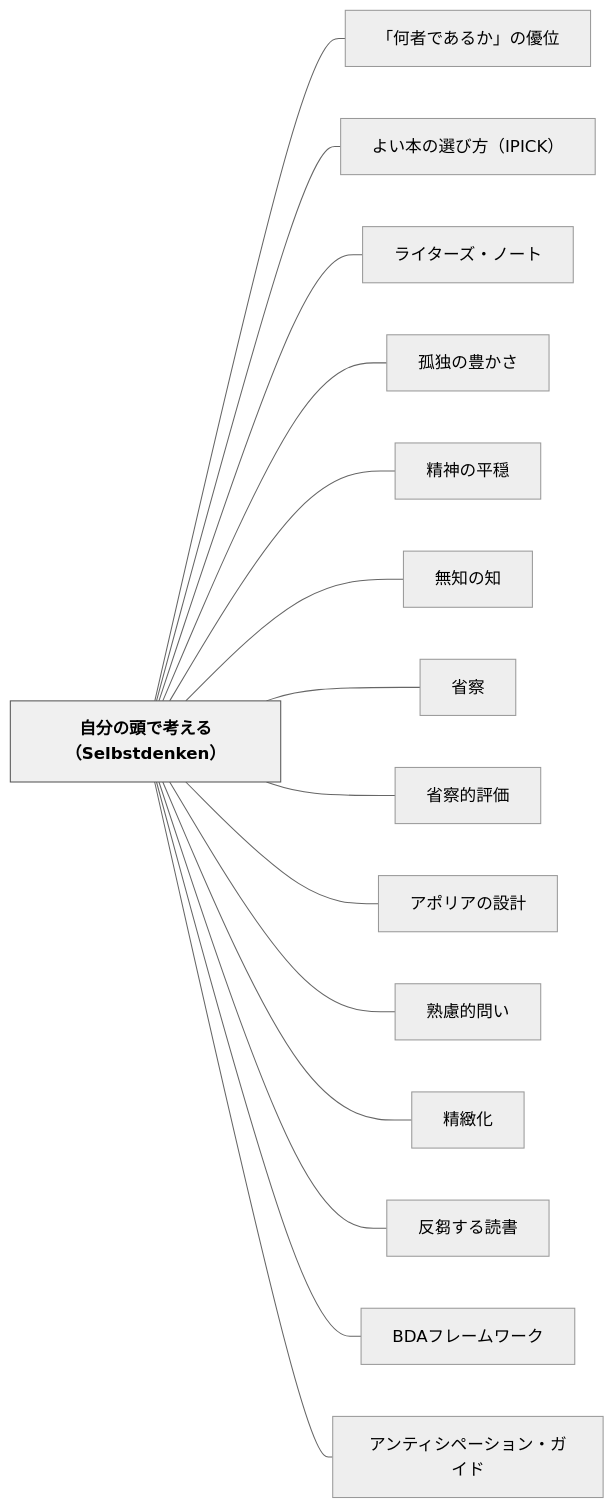
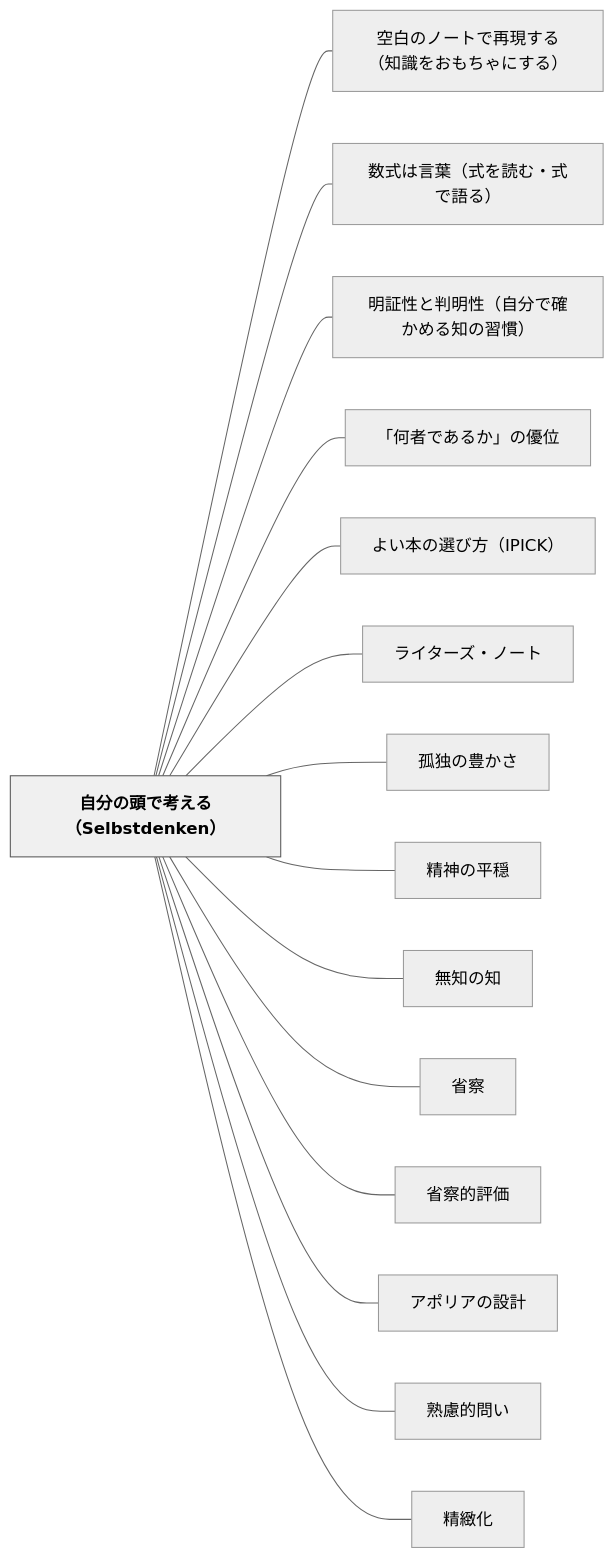
Before and after one commit to unknownthings-ed-patterns/unknownthings-ed-patterns: the diagram in content/パタン/自分の頭で考える（Selbstdenken）.md, drawn with Mermaid (neutral theme). The commit also changed other lines of this file and 185 other files, not shown here.

````diff
--- a/content/パタン/自分の頭で考える（Selbstdenken）.md
+++ b/content/パタン/自分の頭で考える（Selbstdenken）.md
@@ -179,36 +182,36 @@
 ```mermaid
 flowchart LR
     ne887aae58886e381aee9a0ade381a7e88083e38188e3828befbc8853656c62737464656e6b656eefbc89["自分の頭で考える（Selbstdenken）"]
+    ne7a9bae799bde381aee3838ee383bce38388e381a7e5868de78fbee38199e3828befbc88e79fa5e8ad98e38292e3818ae38282e381a1e38283e381abe38199e3828befbc89["空白のノートで再現する（知識をおもちゃにする）"]
+    ne695b0e5bc8fe381afe8a880e89189efbc88e5bc8fe38292e8aaade38280e383bbe5bc8fe381a7e8aa9ee3828befbc89["数式は言葉（式を読む・式で語る）"]
+    ne6988ee8a8bce680a7e381a8e588a4e6988ee680a7efbc88e887aae58886e381a7e7a2bae3818be38281e3828be79fa5e381aee7bf92e685a3efbc89["明証性と判明性（自分で確かめる知の習慣）"]
     ne3808ce4bd95e88085e381a7e38182e3828be3818be3808de381aee584aae4bd8d["「何者であるか」の優位"]
     ne38288e38184e69cace381aee981b8e381b3e696b9efbc88495049434befbc89["よい本の選び方（IPICK）"]
     ne383a9e382a4e382bfe383bce382bae383bbe3838ee383bce38388["ライターズ・ノート"]
     ne5ada4e78bace381aee8b18ae3818be38195["孤独の豊かさ"]
     ne7b2bee7a59ee381aee5b9b3e7a98f["精神の平穏"]
     ne784a1e79fa5e381aee79fa5["無知の知"]
     ne79c81e5af9f["省察"]
     ne79c81e5af9fe79a84e8a995e4bea1["省察的評価"]
     ne382a2e3839de383aae382a2e381aee8a8ade8a888["アポリアの設計"]
     ne7869fe685aee79a84e5958fe38184["熟慮的問い"]
     ne7b2bee7b7bbe58c96["精緻化"]
-    ne58f8de88abbe38199e3828be8aaade69bb8["反芻する読書"]
-    n424441e38395e383ace383bce383a0e383afe383bce382af["BDAフレームワーク"]
-    ne382a2e383b3e38386e382a3e382b7e3839ae383bce382b7e383a7e383b3e383bbe382ace382a4e38389["アンティシペーション・ガイド"]
 
+    ne887aae58886e381aee9a0ade381a7e88083e38188e3828befbc8853656c62737464656e6b656eefbc89 --- ne7a9bae799bde381aee3838ee383bce38388e381a7e5868de78fbee38199e3828befbc88e79fa5e8ad98e38292e3818ae38282e381a1e38283e381abe38199e3828befbc89
+    ne887aae58886e381aee9a0ade381a7e88083e38188e3828befbc8853656c62737464656e6b656eefbc89 --- ne695b0e5bc8fe381afe8a880e89189efbc88e5bc8fe38292e8aaade38280e383bbe5bc8fe381a7e8aa9ee3828befbc89
+    ne887aae58886e381aee9a0ade381a7e88083e38188e3828befbc8853656c62737464656e6b656eefbc89 --- ne6988ee8a8bce680a7e381a8e588a4e6988ee680a7efbc88e887aae58886e381a7e7a2bae3818be38281e3828be79fa5e381aee7bf92e685a3efbc89
     ne887aae58886e381aee9a0ade381a7e88083e38188e3828befbc8853656c62737464656e6b656eefbc89 --- ne3808ce4bd95e88085e381a7e38182e3828be3818be3808de381aee584aae4bd8d
     ne887aae58886e381aee9a0ade381a7e88083e38188e3828befbc8853656c62737464656e6b656eefbc89 --- ne38288e38184e69cace381aee981b8e381b3e696b9efbc88495049434befbc89
     ne887aae58886e381aee9a0ade381a7e88083e38188e3828befbc8853656c62737464656e6b656eefbc89 --- ne383a9e382a4e382bfe383bce382bae383bbe3838ee383bce38388
     ne887aae58886e381aee9a0ade381a7e88083e38188e3828befbc8853656c62737464656e6b656eefbc89 --- ne5ada4e78bace381aee8b18ae3818be38195
     ne887aae58886e381aee9a0ade381a7e88083e38188e3828befbc8853656c62737464656e6b656eefbc89 --- ne7b2bee7a59ee381aee5b9b3e7a98f
     ne887aae58886e381aee9a0ade381a7e88083e38188e3828befbc8853656c62737464656e6b656eefbc89 --- ne784a1e79fa5e381aee79fa5
     ne887aae58886e381aee9a0ade381a7e88083e38188e3828befbc8853656c62737464656e6b656eefbc89 --- ne79c81e5af9f
     ne887aae58886e381aee9a0ade381a7e88083e38188e3828befbc8853656c62737464656e6b656eefbc89 --- ne79c81e5af9fe79a84e8a995e4bea1
     ne887aae58886e381aee9a0ade381a7e88083e38188e3828befbc8853656c62737464656e6b656eefbc89 --- ne382a2e3839de383aae382a2e381aee8a8ade8a888
     ne887aae58886e381aee9a0ade381a7e88083e38188e3828befbc8853656c62737464656e6b656eefbc89 --- ne7869fe685aee79a84e5958fe38184
     ne887aae58886e381aee9a0ade381a7e88083e38188e3828befbc8853656c62737464656e6b656eefbc89 --- ne7b2bee7b7bbe58c96
-    ne887aae58886e381aee9a0ade381a7e88083e38188e3828befbc8853656c62737464656e6b656eefbc89 --- ne58f8de88abbe38199e3828be8aaade69bb8
-    ne887aae58886e381aee9a0ade381a7e88083e38188e3828befbc8853656c62737464656e6b656eefbc89 --- n424441e38395e383ace383bce383a0e383afe383bce382af
-    ne887aae58886e381aee9a0ade381a7e88083e38188e3828befbc8853656c62737464656e6b656eefbc89 --- ne382a2e383b3e38386e382a3e382b7e3839ae383bce382b7e383a7e383b3e383bbe382ace382a4e38389
 
     classDef hub fill:#f0f0f0,stroke:#555,color:#000,font-weight:bold
     class ne887aae58886e381aee9a0ade381a7e88083e38188e3828befbc8853656c62737464656e6b656eefbc89 hub
 ```
````
